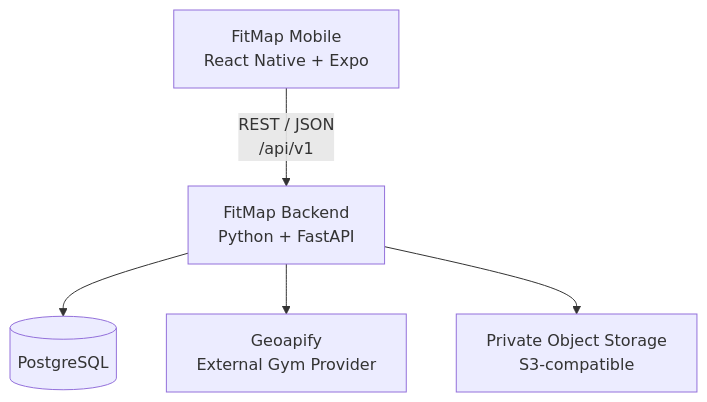
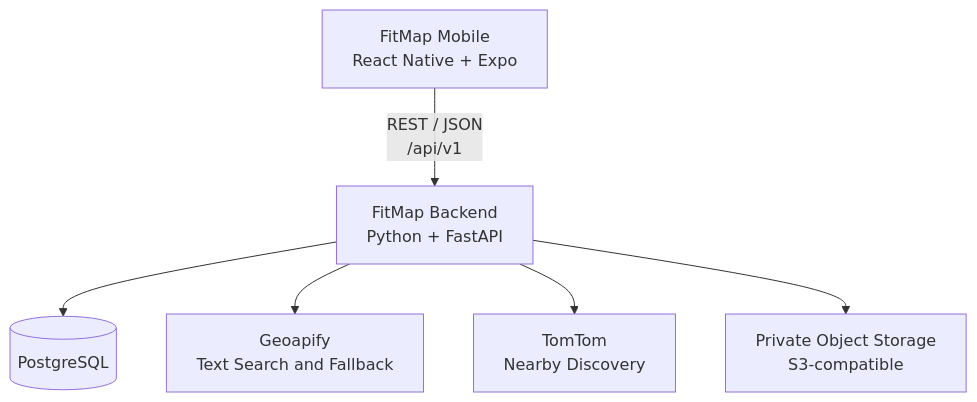
Before and after one commit to gumautoni/fitmap-mobile: the diagram in README.md, drawn with Mermaid. The commit also changed other lines of this file and 20 other files, not shown here.

First line of the commit message:
feat(gyms): integrate TomTom discovery with Geoapify fallback (#51)

````diff
--- a/README.md
+++ b/README.md
@@ -271,13 +273,15 @@
 ```mermaid
 flowchart TD
     Mobile["FitMap Mobile<br/>React Native + Expo"]
     API["FitMap Backend<br/>Python + FastAPI"]
     DB[("PostgreSQL")]
-    Provider["Geoapify<br/>External Gym Provider"]
+    Geoapify["Geoapify<br/>Text Search and Fallback"]
+    TomTom["TomTom<br/>Nearby Discovery"]
     Storage["Private Object Storage<br/>S3-compatible"]
 
     Mobile -->|"REST / JSON<br/>/api/v1"| API
     API --> DB
-    API --> Provider
+    API --> Geoapify
+    API --> TomTom
     API --> Storage
 ```
````
